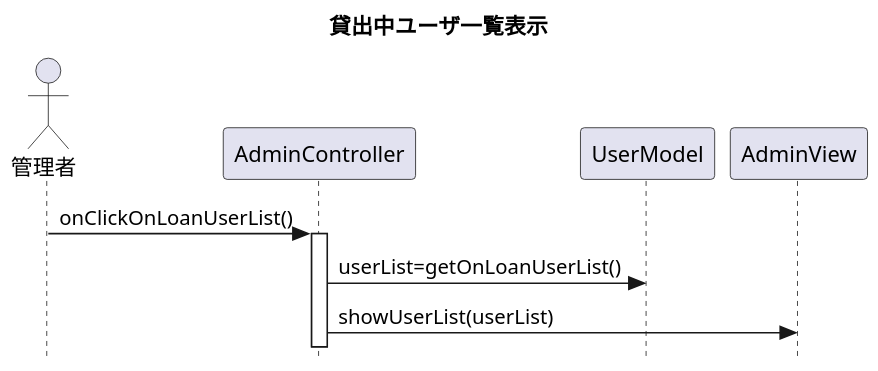
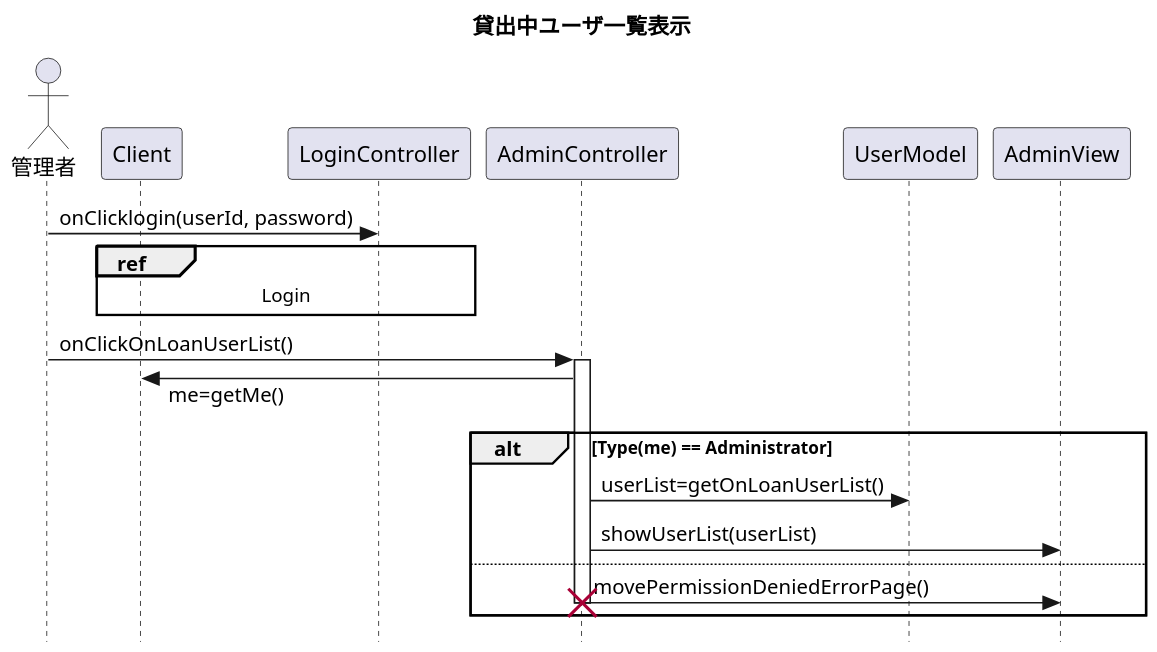
The seventh of 7 diagrams in sequence.pu (Romira915/AdvancedSoftwareEngineering3-Task), drawn with PlantUML before and after one commit. The commit also changed other lines of this file and 2 other files, not shown here.

Commit message:
modifiy: admin is a user

```diff
--- a/sequence.pu
+++ b/sequence.pu
@@ -243,19 +253,30 @@
 @startuml 貸出中ユーザ一覧表示
 
 title 貸出中ユーザ一覧表示
 skinparam dpi 150
 skinparam responseMessageBelowArrow true
 skinparam style strictuml
 
 actor 管理者 as admin
+participant Client
+participant LoginController
 participant AdminController
 participant UserModel
 participant AdminView
 
+admin -> LoginController : onClicklogin(userId, password)
+ref over Client, LoginController : Login
+
 admin -> AdminController : onClickOnLoanUserList()
 
 activate AdminController
-AdminController -> UserModel : userList=getOnLoanUserList()
-AdminController -> AdminView : showUserList(userList)
+Client <- AdminController : me=getMe()
+alt Type(me) == Administrator
+    AdminController -> UserModel : userList=getOnLoanUserList()
+    AdminController -> AdminView : showUserList(userList)
+else
+    AdminController -> AdminView : movePermissionDeniedErrorPage()
+    destroy AdminController
+end
 
 @enduml
```
